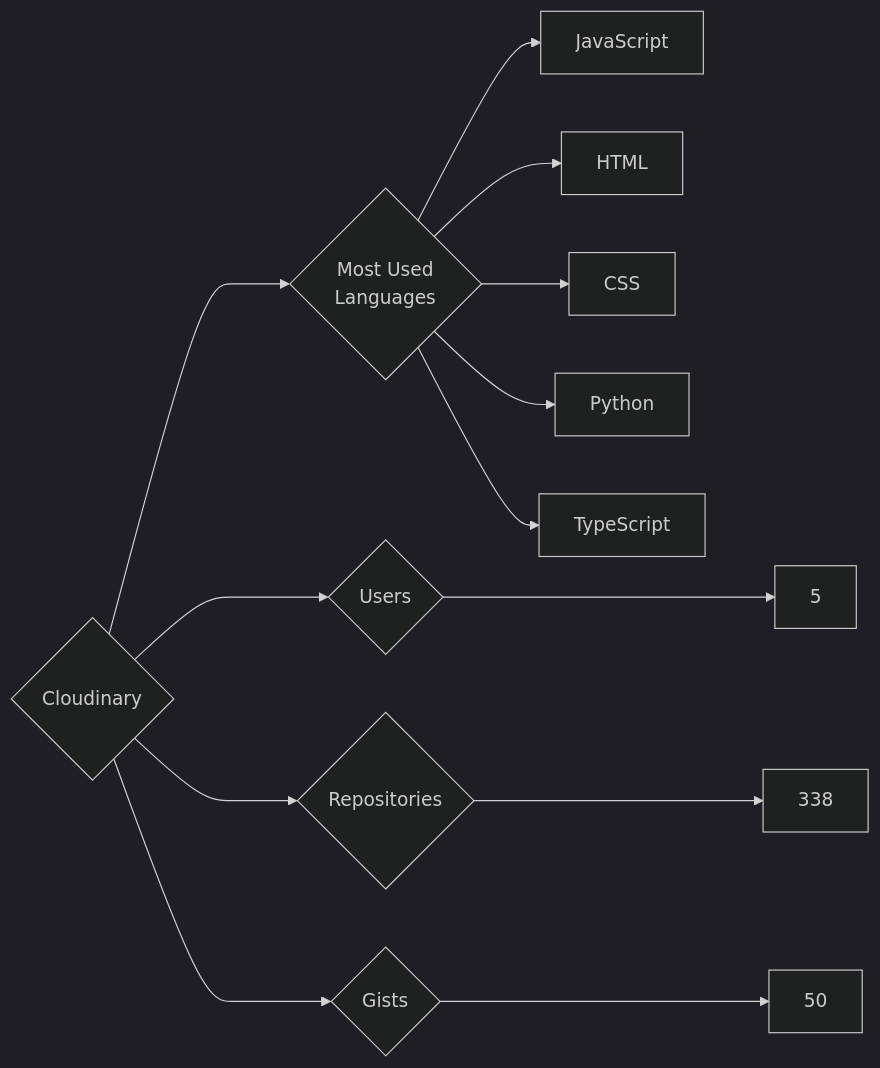
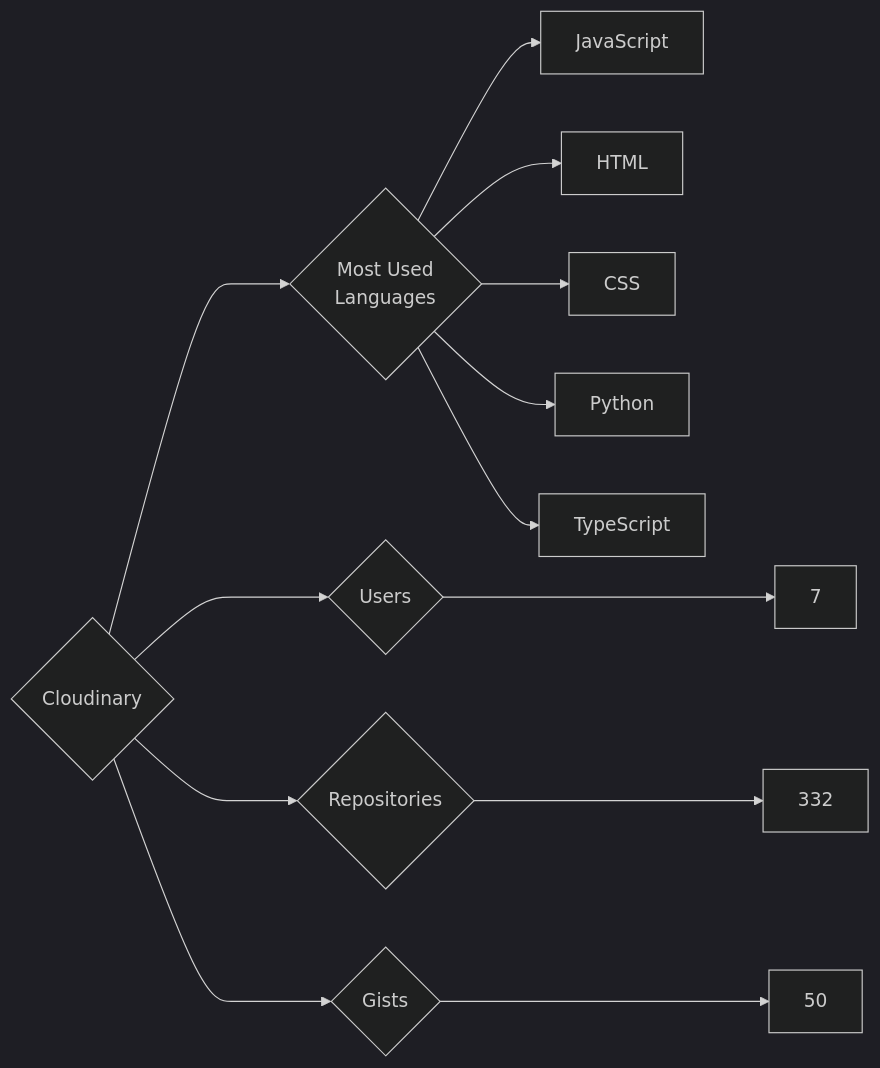
Before and after one commit to trickest/insiders: the diagram in targets/Cloudinary/README.md, drawn with Mermaid (dark theme). The commit also changed 611 other files, not shown here.

````diff
--- a/targets/Cloudinary/README.md
+++ b/targets/Cloudinary/README.md
@@ -3,13 +3,13 @@
 ```mermaid
 graph LR
 COMPANY_NAME{Cloudinary}
-COMPANY_NAME ---> U{Users} ---> UN[5]
-COMPANY_NAME ---> R{Repositories} ---> RN[338]
+COMPANY_NAME ---> U{Users} ---> UN[7]
+COMPANY_NAME ---> R{Repositories} ---> RN[332]
 COMPANY_NAME ---> G{Gists} ---> GN[50]
 COMPANY_NAME ---> ML{Most Used<br>Languages}
 ML --> JavaScript[JavaScript]
 ML --> HTML[HTML]
 ML --> CSS[CSS]
 ML --> Python[Python]
 ML --> TypeScript[TypeScript]
 ```
````
